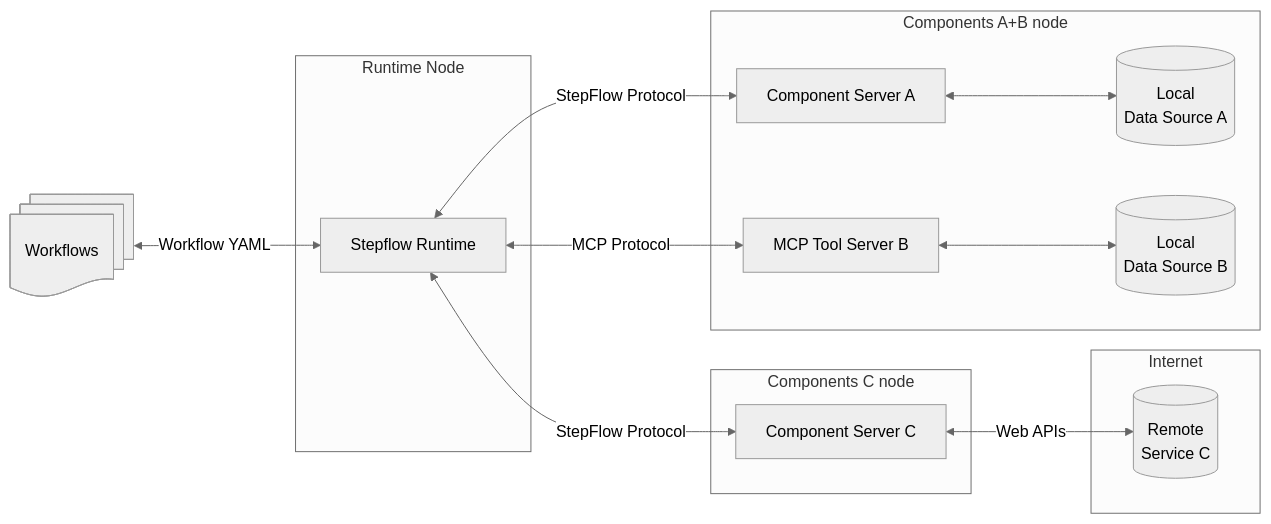
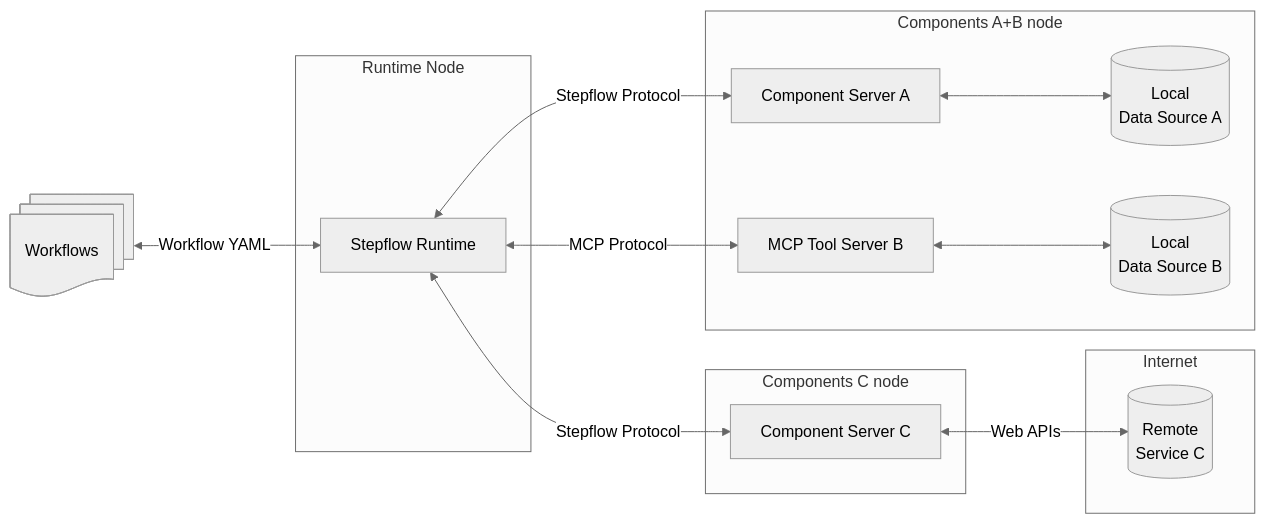
The second of 2 diagrams in docs/docs/introduction.md (stepflow-ai/stepflow), drawn with Mermaid (neutral theme) before and after one commit. The commit also changed other lines of this file and 162 other files, not shown here.

````diff
--- a/docs/docs/introduction.md
+++ b/docs/docs/introduction.md
@@ -51,23 +51,23 @@
     ```mermaid
     flowchart LR
         Workflows["Workflows"]@{ shape: docs }
         Workflows <-->|"Workflow YAML"| Host
         subgraph "Runtime Node"
             Host["Stepflow Runtime"]
         end
         subgraph "Components A+B node"
             S1["Component Server A"]
             S2["MCP Tool Server B"]
             S1 <--> D1[("Local<br>Data Source A")]
             S2 <--> D2[("Local<br>Data Source B")]
         end
         subgraph "Components C node"
             S3["Component Server C"]
-            Host <-->|"StepFlow Protocol"| S1
+            Host <-->|"Stepflow Protocol"| S1
             Host <-->|"MCP Protocol"| S2
-            Host <-->|"StepFlow Protocol"| S3
+            Host <-->|"Stepflow Protocol"| S3
         end
         subgraph "Internet"
             S3 <-->|"Web APIs"| D3[("Remote<br>Service C")]
         end
     ```
````
